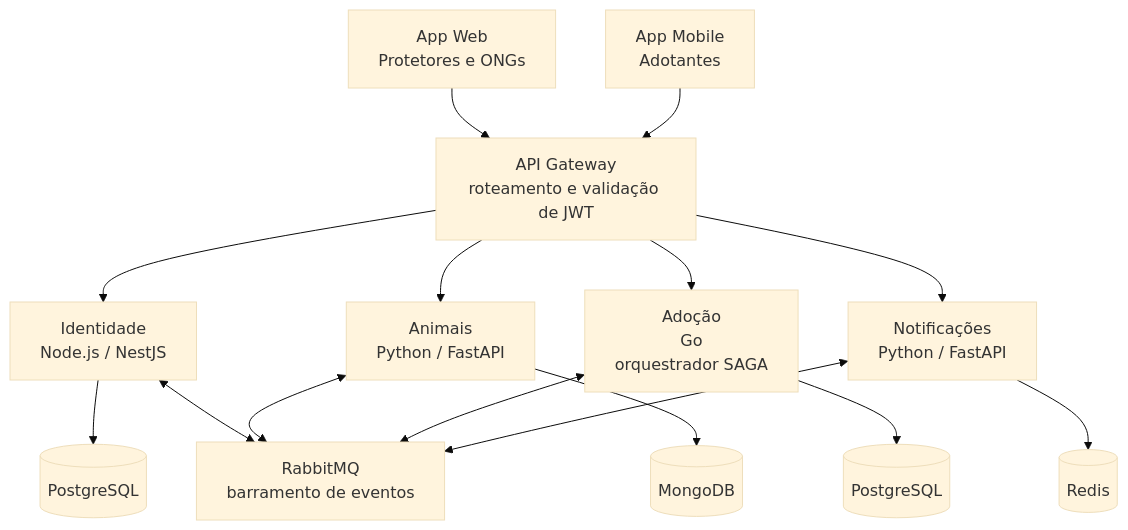
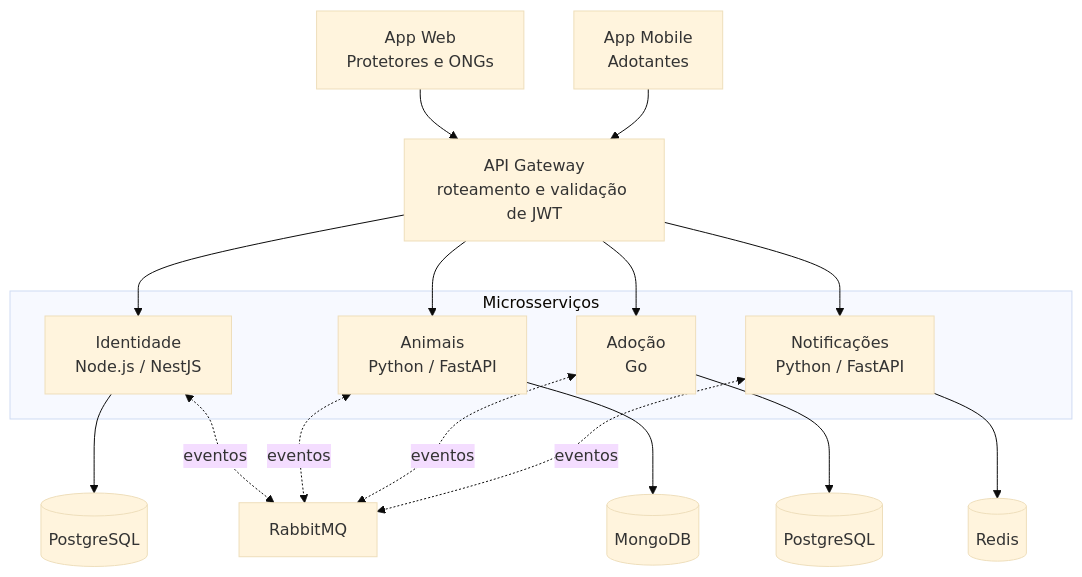
The first of 2 diagrams in docs/arquitetura.md (gxbreus/ampara), drawn with Mermaid (base theme) before and after one commit. The commit also changed other lines of this file and 2 other files, not shown here.

````diff
--- a/docs/arquitetura.md
+++ b/docs/arquitetura.md
@@ -5,20 +15,31 @@
 ```mermaid
 flowchart TB
-    Web[App Web<br/>Protetores e ONGs] --> Gateway[API Gateway<br/>roteamento e validação de JWT]
-    Mobile[App Mobile<br/>Adotantes] --> Gateway
+    Web[App Web<br/>Protetores e ONGs]
+    Mobile[App Mobile<br/>Adotantes]
+    Gateway[API Gateway<br/>roteamento e validação de JWT]
 
-    Gateway --> Identidade[Identidade<br/>Node.js / NestJS]
-    Gateway --> Animais[Animais<br/>Python / FastAPI]
-    Gateway --> Adocao[Adoção<br/>Go<br/>orquestrador SAGA]
-    Gateway --> Notificacoes[Notificações<br/>Python / FastAPI]
+    Web --> Gateway
+    Mobile --> Gateway
 
-    Identidade --> PostgreSQLIdentidade[(PostgreSQL)]
-    Animais --> MongoDB[(MongoDB)]
-    Adocao --> PostgreSQLAdocao[(PostgreSQL)]
-    Notificacoes --> Redis[(Redis)]
+    subgraph Servicos[Microsserviços]
+        Identidade[Identidade<br/>Node.js / NestJS]
+        Animais[Animais<br/>Python / FastAPI]
+        Adocao[Adoção<br/>Go]
+        Notificacoes[Notificações<br/>Python / FastAPI]
+    end
 
-    Identidade <--> RabbitMQ[RabbitMQ<br/>barramento de eventos]
-    Animais <--> RabbitMQ
-    Adocao <--> RabbitMQ
-    Notificacoes <--> RabbitMQ
+    Gateway --> Identidade
+    Gateway --> Animais
+    Gateway --> Adocao
+    Gateway --> Notificacoes
+
+    Identidade --> DBIdentidade[(PostgreSQL)]
+    Animais --> DBAnimais[(MongoDB)]
+    Adocao --> DBAdocao[(PostgreSQL)]
+    Notificacoes --> DBNotificacoes[(Redis)]
+
+    Identidade <-. eventos .-> RabbitMQ[RabbitMQ]
+    Animais <-. eventos .-> RabbitMQ
+    Adocao <-. eventos .-> RabbitMQ
+    Notificacoes <-. eventos .-> RabbitMQ
 ```
````
